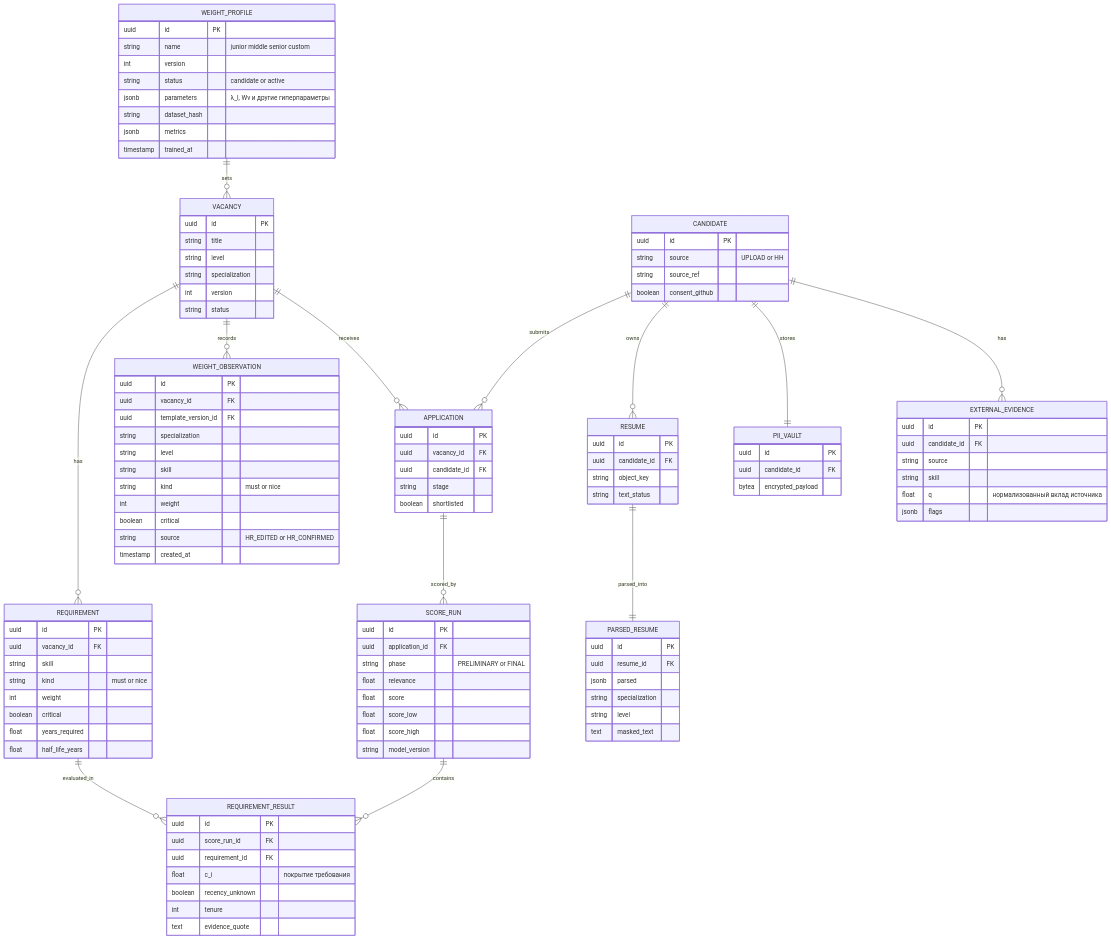
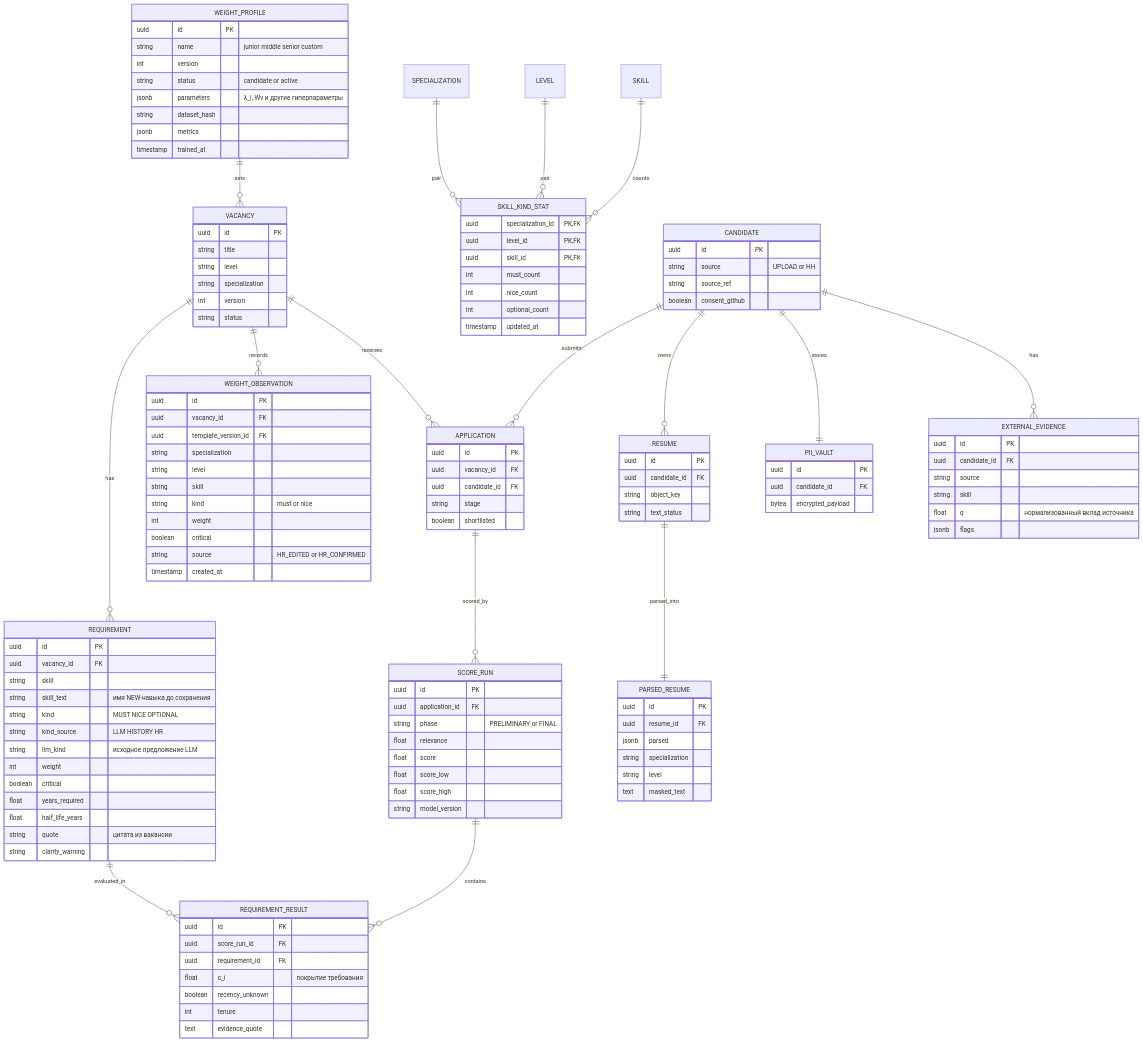
Before and after one commit to MiZentUi/tracing_ats: the seventh of 7 diagrams in README.md, drawn with Mermaid. The commit also changed other lines of this file and 137 other files, not shown here.

````diff
--- a/README.md
+++ b/README.md
@@ -484,6 +486,9 @@
 ```mermaid
 erDiagram
     VACANCY ||--o{ REQUIREMENT : has
+    SPECIALIZATION ||--o{ SKILL_KIND_STAT : pair
+    LEVEL ||--o{ SKILL_KIND_STAT : pair
+    SKILL ||--o{ SKILL_KIND_STAT : counts
     VACANCY ||--o{ WEIGHT_OBSERVATION : records
     WEIGHT_PROFILE ||--o{ VACANCY : sets
     VACANCY ||--o{ APPLICATION : receives
@@ -508,11 +513,25 @@
         uuid id PK
         uuid vacancy_id FK
         string skill
-        string kind "must or nice"
+        string skill_text "имя NEW-навыка до сохранения"
+        string kind "MUST NICE OPTIONAL"
+        string kind_source "LLM HISTORY HR"
+        string llm_kind "исходное предложение LLM"
         int weight
         boolean critical
         float years_required
         float half_life_years
+        string quote "цитата из вакансии"
+        string clarity_warning
+    }
+    SKILL_KIND_STAT {
+        uuid specialization_id PK,FK
+        uuid level_id PK,FK
+        uuid skill_id PK,FK
+        int must_count
+        int nice_count
+        int optional_count
+        timestamp updated_at
     }
     WEIGHT_OBSERVATION {
         uuid id PK
````
